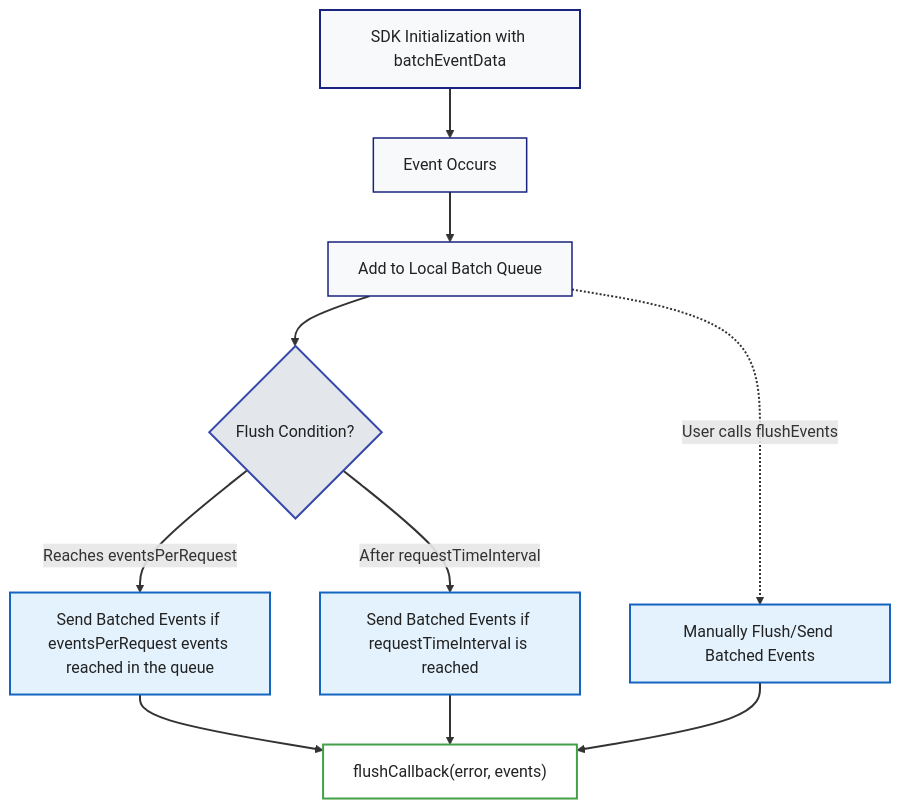
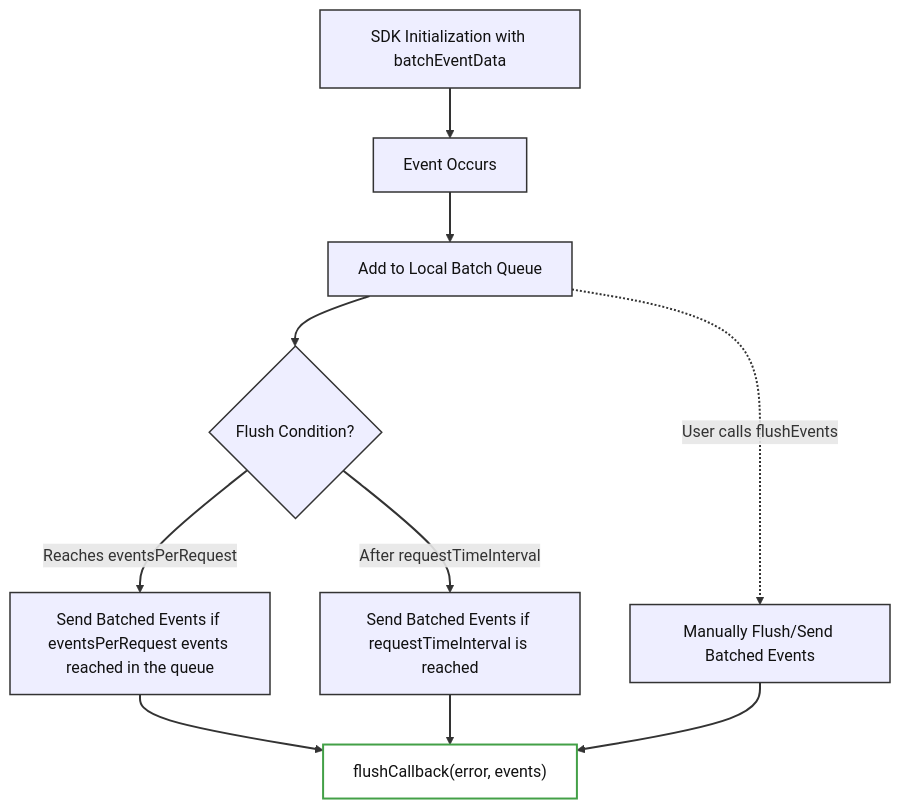
The diagram in docs/Concepts/wip-rd-event-batching-copy.md (wingify/readme-central), drawn with Mermaid before and after one commit.

Commit message:
Update doc `wip-rd-event-batching-copy`

````diff
--- a/docs/Concepts/wip-rd-event-batching-copy.md
+++ b/docs/Concepts/wip-rd-event-batching-copy.md
@@ -159,31 +159,29 @@
 ```mermaid
 flowchart TD
     A["SDK Initialization with batchEventData"] --> B["Event Occurs"]
     B --> C["Add to Local Batch Queue"]
 
     %% Automatic Flushing triggers
     C --> D1{"Flush Condition?"}
-    D1 -->|"Reaches eventsPerRequest"| E1["Send Batched Events if eventsPerRequest events reached in the queue "]
-    D1 -->|"After requestTimeInterval"| E2["Send Batched Events if requestTimeInterval is reached "]
+    D1 -->|"Reaches eventsPerRequest"| E1["Send Batched Events if eventsPerRequest events reached in the queue"]
+    D1 -->|"After requestTimeInterval"| E2["Send Batched Events if requestTimeInterval is reached"]
 
     %% Manual Flush
     C -.->|"User calls flushEvents"| E3["Manually Flush/Send Batched Events"]
 
     %% All flushes trigger callback
     E1 --> X["flushCallback(error, events)"]
     E2 --> X
     E3 --> X
 
-    %% Node styles for universal readability
-    style A fill:#f8f9fa,stroke:#1a237e,stroke-width:2px,color:#222
-    style B fill:#f8f9fa,stroke:#1a237e,stroke-width:1.5px,color:#222
-    style C fill:#f8f9fa,stroke:#1a237e,stroke-width:1.5px,color:#222
-    style D1 fill:#e3e6ea,stroke:#3949ab,stroke-width:2px,color:#222
-    style E1 fill:#e3f2fd,stroke:#1565c0,stroke-width:2px,color:#222
-    style E2 fill:#e3f2fd,stroke:#1565c0,stroke-width:2px,color:#222
-    style E3 fill:#e3f2fd,stroke:#1565c0,stroke-width:2px,color:#222
-    style X fill:#fff,stroke:#43a047,stroke-width:2px,color:#222
+    %% Assign classes
+    class A,B,C,D1,E1,E2,E3 step;
+    class X callback;
+
+    %% Define styles for universal readability
+    classDef step fill:#eef,stroke:#333,stroke-width:1.5px,color:#111;
+    classDef callback fill:#fff,stroke:#43a047,stroke-width:2px,color:#111;
 
     %% Use a dark gray for arrows for visibility on both themes
     linkStyle default stroke:#333,stroke-width:2px
 ```
````
